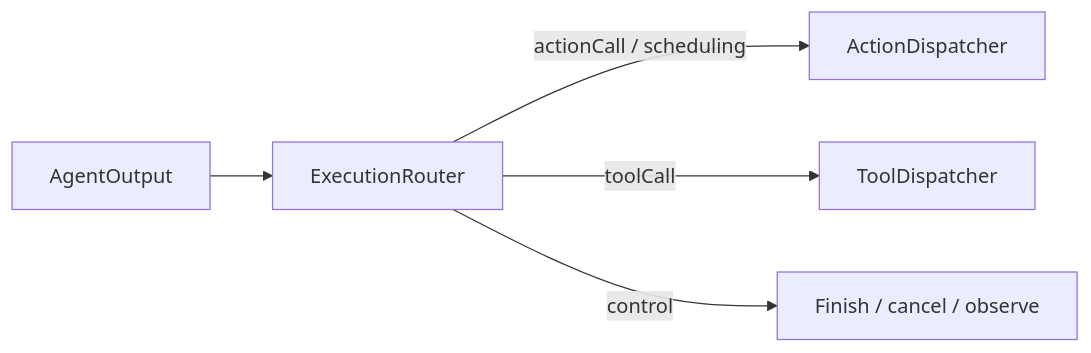
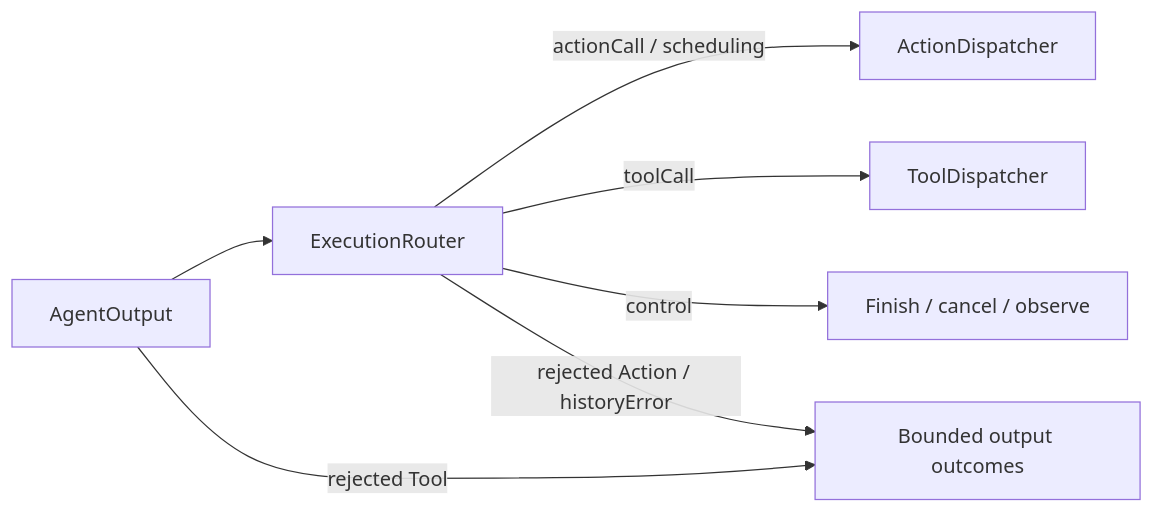
The diagram in MobileHarness/Gateway/Output/Routing/README.md (devilyouwei/MobileHarness), drawn with Mermaid before and after one commit. The commit also changed other lines of this file and 38 other files, not shown here.

````diff
--- a/MobileHarness/Gateway/Output/Routing/README.md
+++ b/MobileHarness/Gateway/Output/Routing/README.md
@@ -11,7 +11,9 @@
 ```mermaid
 flowchart LR
     Output[AgentOutput] --> Router[ExecutionRouter]
     Router -->|actionCall / scheduling| Actions[ActionDispatcher]
     Router -->|toolCall| Tools[ToolDispatcher]
     Router -->|control| Lifecycle[Finish / cancel / observe]
+    Output -->|rejected Tool| Results[Bounded output outcomes]
+    Router -->|rejected Action / historyError| Results
 ```
````
